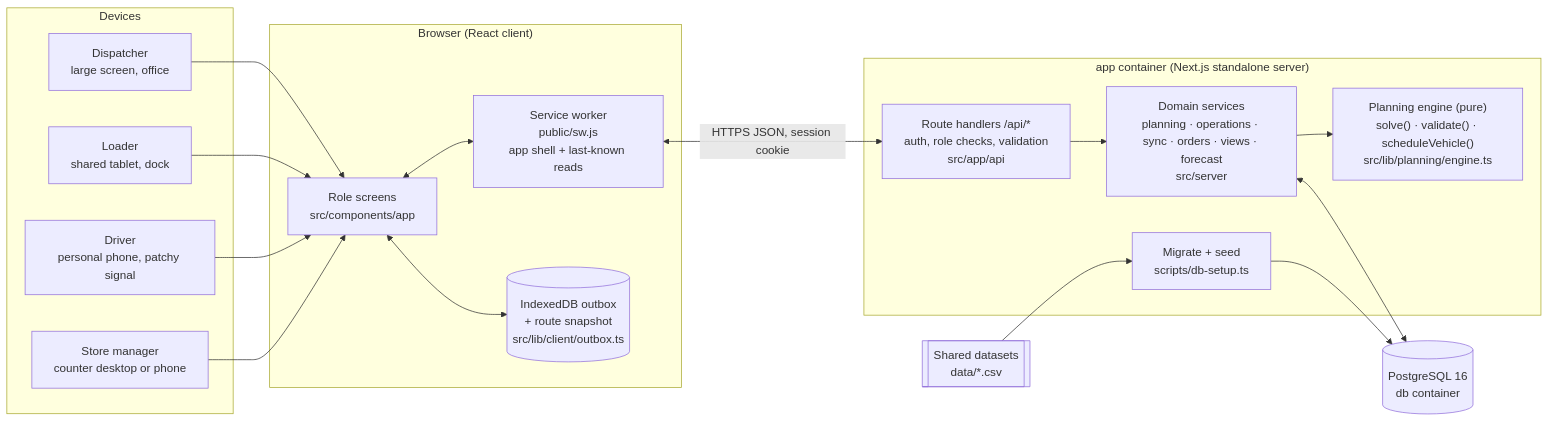
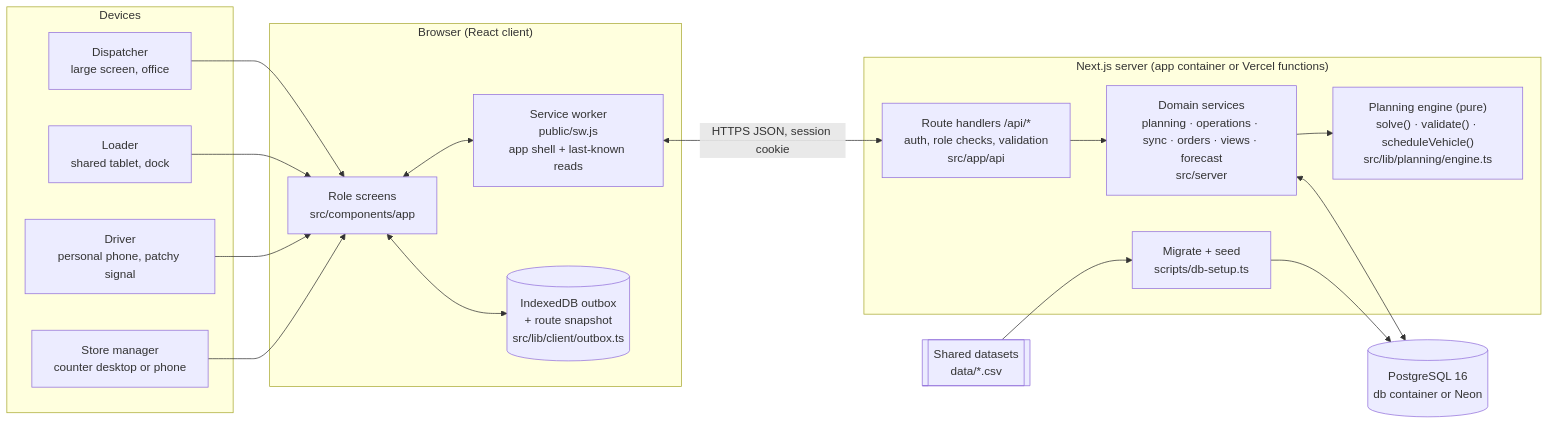
One commit to dimesh-dev/BruhForce33_WaypointOps changed the first of 2 diagrams in docs/ARCHITECTURE.md. Above: the diagram before and after it, drawn with Mermaid. The commit also changed other lines of this file and 37 other files, not shown here.

````diff
--- a/docs/ARCHITECTURE.md
+++ b/docs/ARCHITECTURE.md
@@ -7,34 +9,34 @@
 ```mermaid
 flowchart LR
   subgraph Devices
     D["Dispatcher<br/>large screen, office"]
     L["Loader<br/>shared tablet, dock"]
     R["Driver<br/>personal phone, patchy signal"]
     S["Store manager<br/>counter desktop or phone"]
   end
 
   subgraph Browser["Browser (React client)"]
     UI["Role screens<br/>src/components/app"]
     SW["Service worker<br/>public/sw.js<br/>app shell + last-known reads"]
     IDB[("IndexedDB outbox<br/>+ route snapshot<br/>src/lib/client/outbox.ts")]
   end
 
-  subgraph App["app container (Next.js standalone server)"]
+  subgraph App["Next.js server (app container or Vercel functions)"]
     API["Route handlers /api/*<br/>auth, role checks, validation<br/>src/app/api"]
     SVC["Domain services<br/>planning · operations · sync · orders · views · forecast<br/>src/server"]
     ENG["Planning engine (pure)<br/>solve() · validate() · scheduleVehicle()<br/>src/lib/planning/engine.ts"]
     SEED["Migrate + seed<br/>scripts/db-setup.ts"]
   end
 
   CSV[["Shared datasets<br/>data/*.csv"]]
-  DB[("PostgreSQL 16<br/>db container")]
+  DB[("PostgreSQL 16<br/>db container or Neon")]
 
   D & L & R & S --> UI
   UI <--> SW
   UI <--> IDB
   SW <-->|HTTPS JSON, session cookie| API
   API --> SVC
   SVC --> ENG
   SVC <--> DB
   CSV --> SEED --> DB
 ```
````
